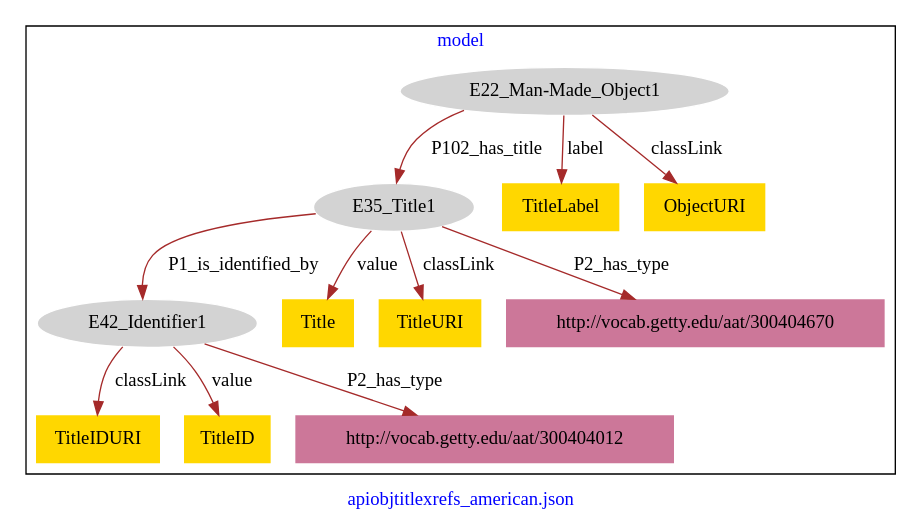
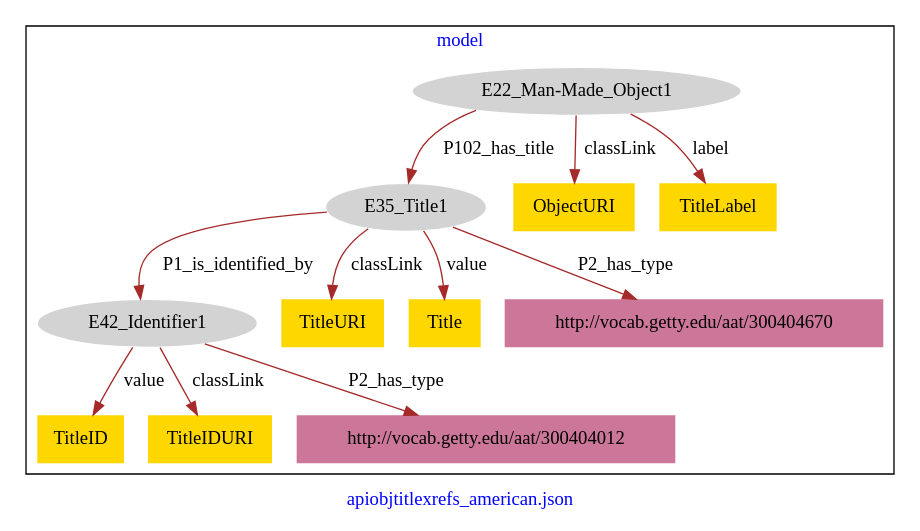
One commit to american-art/PUAM changed the diagram in apiobjtitlexrefs_american_primary_titles/apiobjtitlexrefs_american-primary_title-model.dot. Above: the diagram before and after it, drawn with Graphviz.

Commit message:
Update file apiobjtitlexrefs_american-primary_title-model.dot

```diff
--- a/apiobjtitlexrefs_american_primary_titles/apiobjtitlexrefs_american-primary_title-model.dot
+++ b/apiobjtitlexrefs_american_primary_titles/apiobjtitlexrefs_american-primary_title-model.dot
@@ -1,29 +1,29 @@
 digraph n0 {
 fontcolor="blue"
 remincross="true"
 label="apiobjtitlexrefs_american.json"
 subgraph cluster {
 label="model"
 n2[style="filled",color="white",fillcolor="lightgray",label="E22_Man-Made_Object1"];
 n3[style="filled",color="white",fillcolor="lightgray",label="E35_Title1"];
 n4[style="filled",color="white",fillcolor="lightgray",label="E42_Identifier1"];
-n5[shape="plaintext",style="filled",fillcolor="gold",label="TitleIDURI"];
-n6[shape="plaintext",style="filled",fillcolor="gold",label="TitleID"];
-n7[shape="plaintext",style="filled",fillcolor="gold",label="Title"];
-n8[shape="plaintext",style="filled",fillcolor="gold",label="TitleLabel"];
-n9[shape="plaintext",style="filled",fillcolor="gold",label="TitleURI"];
-n10[shape="plaintext",style="filled",fillcolor="gold",label="ObjectURI"];
+n5[shape="plaintext",style="filled",fillcolor="gold",label="TitleID"];
+n6[shape="plaintext",style="filled",fillcolor="gold",label="TitleURI"];
+n7[shape="plaintext",style="filled",fillcolor="gold",label="TitleIDURI"];
+n8[shape="plaintext",style="filled",fillcolor="gold",label="ObjectURI"];
+n9[shape="plaintext",style="filled",fillcolor="gold",label="Title"];
+n10[shape="plaintext",style="filled",fillcolor="gold",label="TitleLabel"];
 n11[shape="plaintext",style="filled",fillcolor="#CC7799",label="http://vocab.getty.edu/aat/300404012"];
 n12[shape="plaintext",style="filled",fillcolor="#CC7799",label="http://vocab.getty.edu/aat/300404670"];
 }
 n2 -> n3[color="brown",fontcolor="black",label="P102_has_title"]
 n3 -> n4[color="brown",fontcolor="black",label="P1_is_identified_by"]
-n4 -> n5[color="brown",fontcolor="black",label="classLink"]
-n4 -> n6[color="brown",fontcolor="black",label="value"]
-n3 -> n7[color="brown",fontcolor="black",label="value"]
-n2 -> n8[color="brown",fontcolor="black",label="label"]
-n3 -> n9[color="brown",fontcolor="black",label="classLink"]
-n2 -> n10[color="brown",fontcolor="black",label="classLink"]
+n4 -> n5[color="brown",fontcolor="black",label="value"]
+n3 -> n6[color="brown",fontcolor="black",label="classLink"]
+n4 -> n7[color="brown",fontcolor="black",label="classLink"]
+n2 -> n8[color="brown",fontcolor="black",label="classLink"]
+n3 -> n9[color="brown",fontcolor="black",label="value"]
+n2 -> n10[color="brown",fontcolor="black",label="label"]
 n4 -> n11[color="brown",fontcolor="black",label="P2_has_type"]
 n3 -> n12[color="brown",fontcolor="black",label="P2_has_type"]
 }
```
